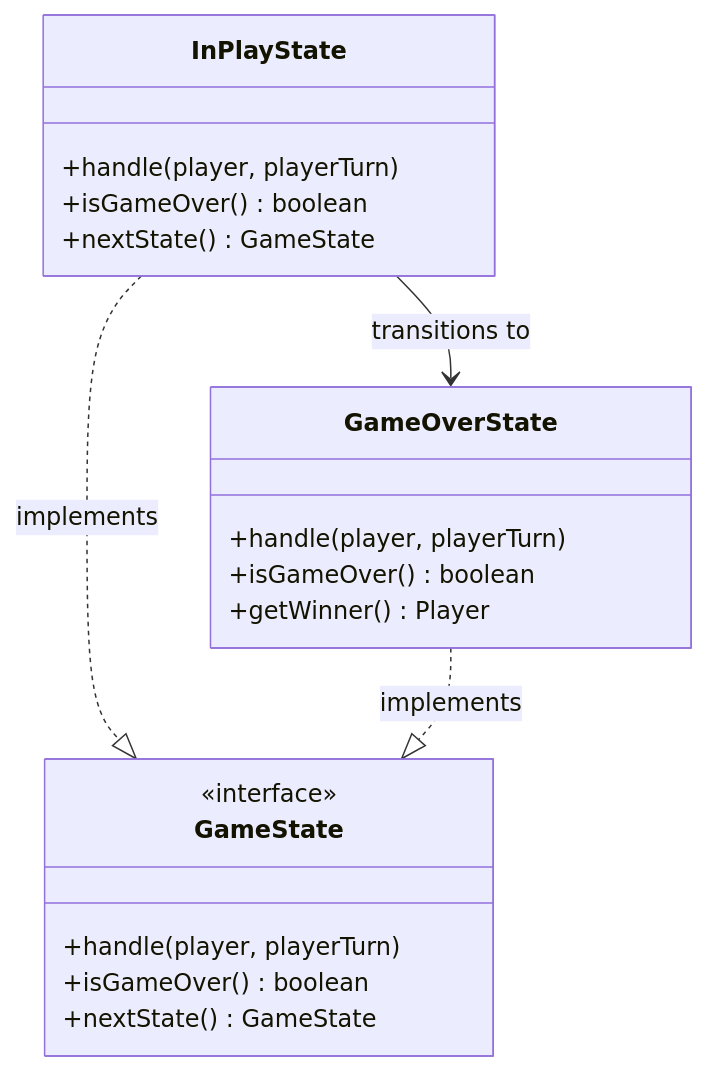
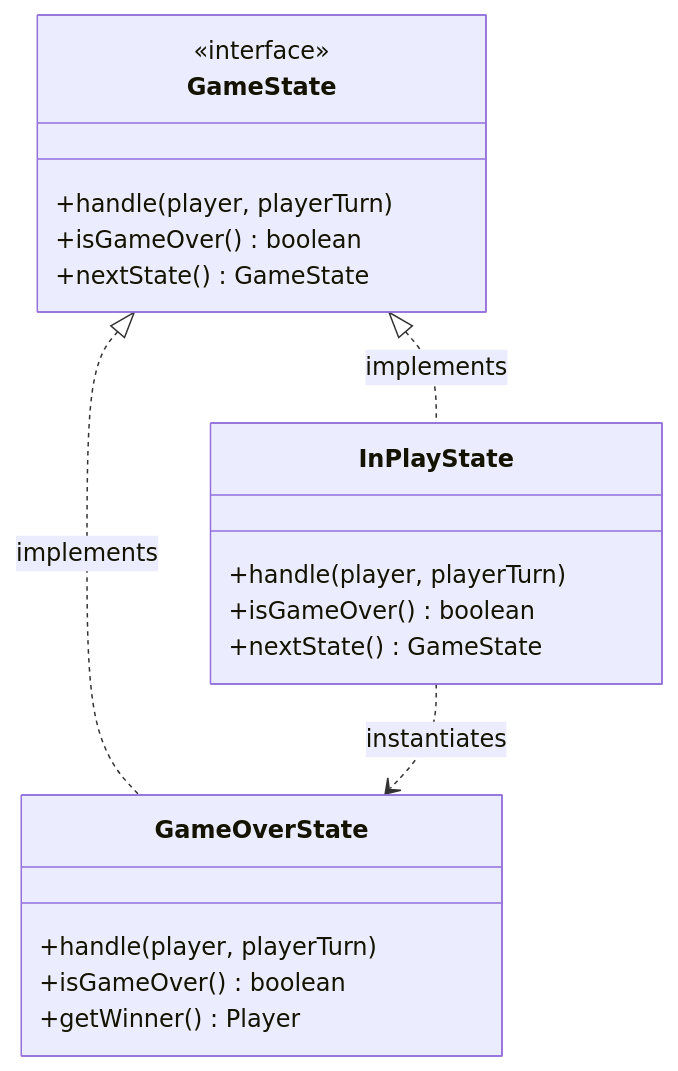
One commit to SirRmelTheThird/HyperJump changed the fifth of 7 diagrams in README.md. Above: the diagram before and after it, drawn with Mermaid. The commit also changed other lines of this file, not shown here.

````diff
--- a/README.md
+++ b/README.md
@@ -127,23 +200,23 @@
 ```mermaid
 classDiagram
     class GameState {
         <<interface>>
         +handle(player, playerTurn)
         +isGameOver() boolean
         +nextState() GameState
     }
     class InPlayState {
         +handle(player, playerTurn)
         +isGameOver() boolean
         +nextState() GameState
     }
     class GameOverState {
         +handle(player, playerTurn)
         +isGameOver() boolean
         +getWinner() Player
     }
 
-    InPlayState ..|> GameState : implements
-    GameOverState ..|> GameState : implements
-    InPlayState --> GameOverState : transitions to
+    GameState <|.. InPlayState : implements
+    GameState <|.. GameOverState : implements
+    InPlayState ..> GameOverState : instantiates
 ```
````
